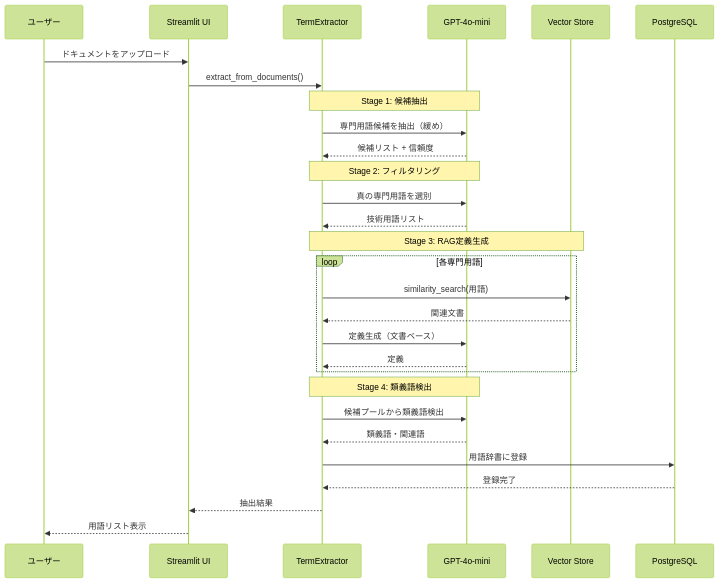
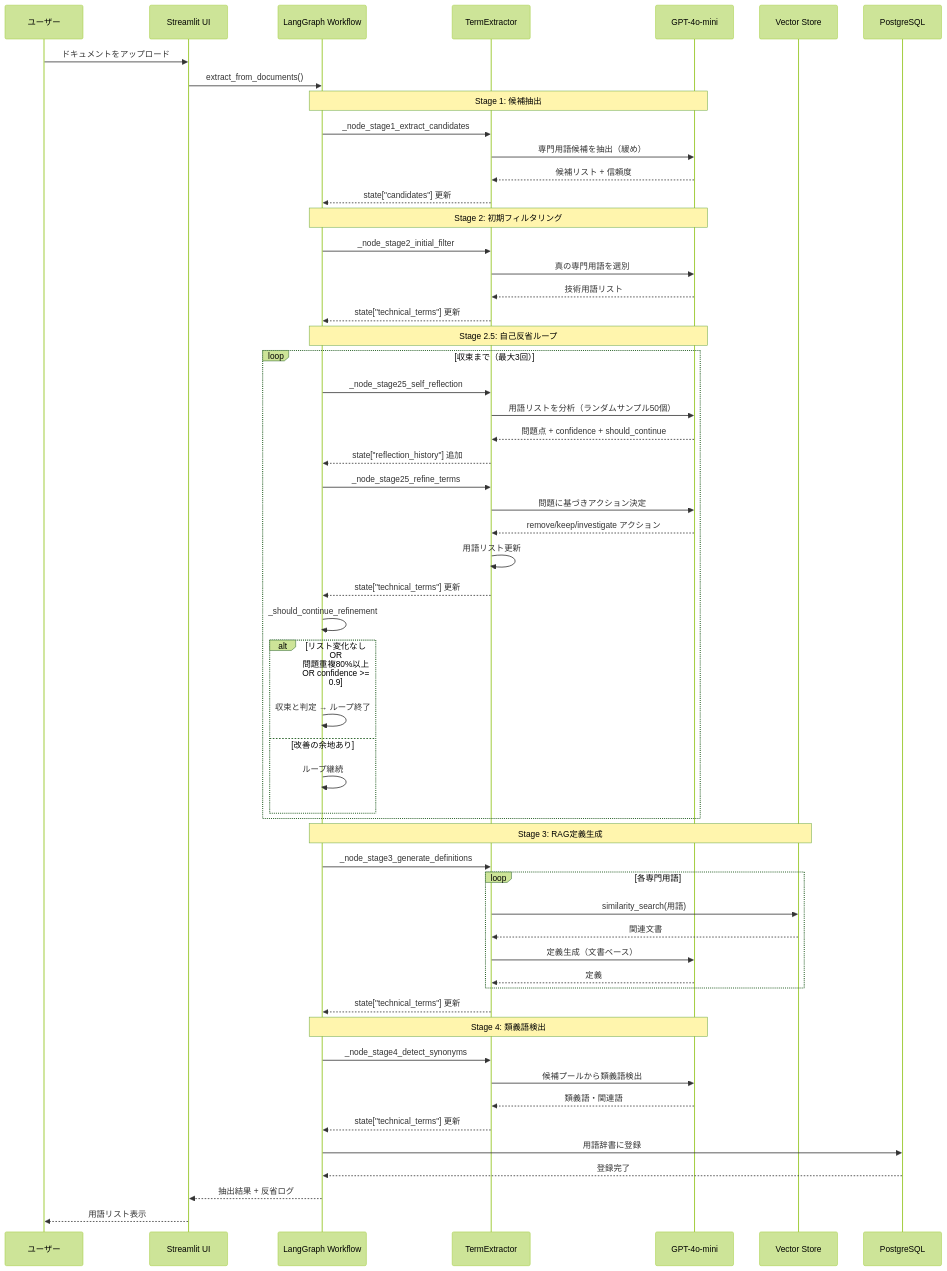
Before and after one commit to uchi736/advancedrag_llm: the second of 4 diagrams in README.md, drawn with Mermaid (forest theme). The commit also changed other lines of this file, not shown here.

First line of the commit message:
Update README with LangGraph workflow documentation

````diff
--- a/README.md
+++ b/README.md
@@ -39,37 +82,67 @@
 ```mermaid
 sequenceDiagram
     participant User as ユーザー
     participant UI as Streamlit UI
+    participant WF as LangGraph Workflow
     participant TE as TermExtractor
     participant LLM as GPT-4o-mini
     participant VS as Vector Store
     participant DB as PostgreSQL
 
     User->>UI: ドキュメントをアップロード
-    UI->>TE: extract_from_documents()
+    UI->>WF: extract_from_documents()
 
-    Note over TE,LLM: Stage 1: 候補抽出
+    Note over WF,LLM: Stage 1: 候補抽出
+    WF->>TE: _node_stage1_extract_candidates
     TE->>LLM: 専門用語候補を抽出（緩め）
     LLM-->>TE: 候補リスト + 信頼度
+    TE-->>WF: state["candidates"] 更新
 
-    Note over TE,LLM: Stage 2: フィルタリング
+    Note over WF,LLM: Stage 2: 初期フィルタリング
+    WF->>TE: _node_stage2_initial_filter
     TE->>LLM: 真の専門用語を選別
     LLM-->>TE: 技術用語リスト
+    TE-->>WF: state["technical_terms"] 更新
 
-    Note over TE,VS: Stage 3: RAG定義生成
+    Note over WF,LLM: Stage 2.5: 自己反省ループ
+    loop 収束まで（最大3回）
+        WF->>TE: _node_stage25_self_reflection
+        TE->>LLM: 用語リストを分析（ランダムサンプル50個）
+        LLM-->>TE: 問題点 + confidence + should_continue
+        TE-->>WF: state["reflection_history"] 追加
+
+        WF->>TE: _node_stage25_refine_terms
+        TE->>LLM: 問題に基づきアクション決定
+        LLM-->>TE: remove/keep/investigate アクション
+        TE->>TE: 用語リスト更新
+        TE-->>WF: state["technical_terms"] 更新
+
+        WF->>WF: _should_continue_refinement
+        alt リスト変化なし OR 問題重複80%以上 OR confidence >= 0.9
+            WF->>WF: 収束と判定 → ループ終了
+        else 改善の余地あり
+            WF->>WF: ループ継続
+        end
+    end
+
+    Note over WF,VS: Stage 3: RAG定義生成
+    WF->>TE: _node_stage3_generate_definitions
     loop 各専門用語
         TE->>VS: similarity_search(用語)
         VS-->>TE: 関連文書
         TE->>LLM: 定義生成（文書ベース）
         LLM-->>TE: 定義
     end
+    TE-->>WF: state["technical_terms"] 更新
 
-    Note over TE,LLM: Stage 4: 類義語検出
+    Note over WF,LLM: Stage 4: 類義語検出
+    WF->>TE: _node_stage4_detect_synonyms
     TE->>LLM: 候補プールから類義語検出
     LLM-->>TE: 類義語・関連語
+    TE-->>WF: state["technical_terms"] 更新
 
-    TE->>DB: 用語辞書に登録
-    DB-->>TE: 登録完了
-    TE-->>UI: 抽出結果
+    WF->>DB: 用語辞書に登録
+    DB-->>WF: 登録完了
+    WF-->>UI: 抽出結果 + 反省ログ
     UI-->>User: 用語リスト表示
 ```
````
